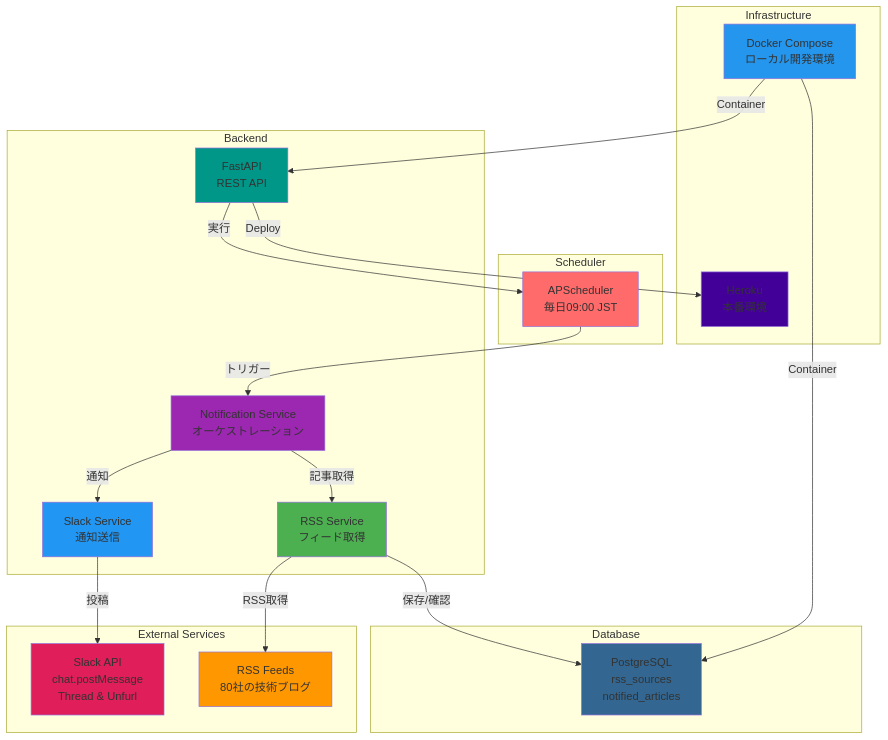
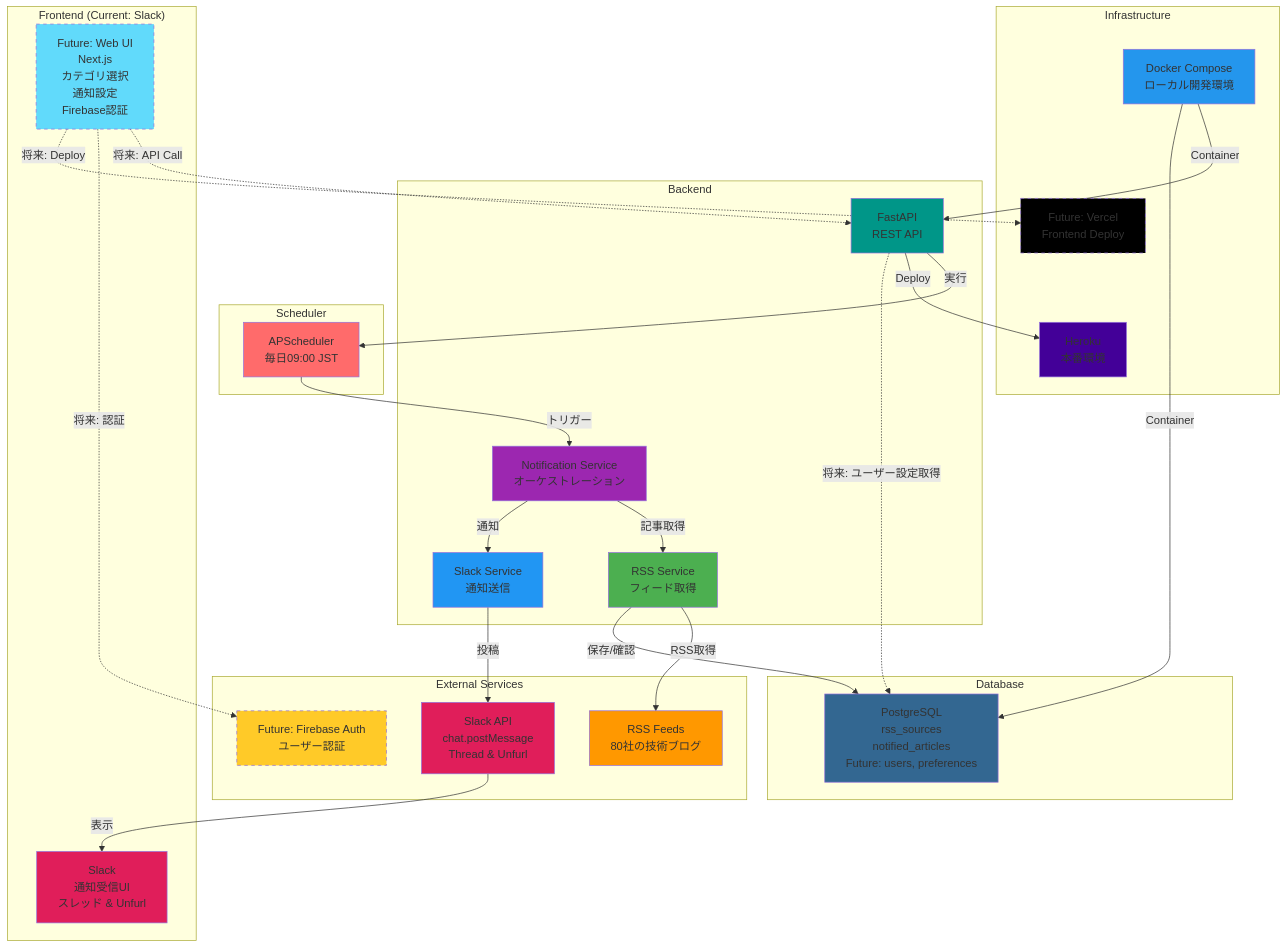
Before and after one commit to yukito-takeuchi/slack-bot: the first of 2 diagrams in README.md, drawn with Mermaid. The commit also changed other lines of this file, not shown here.

````diff
--- a/README.md
+++ b/README.md
@@ -15,49 +15,66 @@
 ```mermaid
 graph TB
+    subgraph "Frontend (Current: Slack)"
+        UI[Slack<br/>通知受信UI<br/>スレッド & Unfurl]
+        FutureFE[Future: Web UI<br/>Next.js<br/>カテゴリ選択<br/>通知設定<br/>Firebase認証]
+    end
+
     subgraph "Scheduler"
         A[APScheduler<br/>毎日09:00 JST]
     end
 
     subgraph "Backend"
         B[FastAPI<br/>REST API]
         C[RSS Service<br/>フィード取得]
         D[Slack Service<br/>通知送信]
         E[Notification Service<br/>オーケストレーション]
     end
 
     subgraph "Database"
-        F[PostgreSQL<br/>rss_sources<br/>notified_articles]
+        F[PostgreSQL<br/>rss_sources<br/>notified_articles<br/>Future: users, preferences]
     end
 
     subgraph "External Services"
         G[Slack API<br/>chat.postMessage<br/>Thread & Unfurl]
         H[RSS Feeds<br/>80社の技術ブログ]
+        Auth[Future: Firebase Auth<br/>ユーザー認証]
     end
 
     subgraph "Infrastructure"
         I[Docker Compose<br/>ローカル開発環境]
         J[Heroku<br/>本番環境]
+        K[Future: Vercel<br/>Frontend Deploy]
     end
 
     A -->|トリガー| E
     E -->|記事取得| C
     C -->|RSS取得| H
     C -->|保存/確認| F
     E -->|通知| D
     D -->|投稿| G
+    G -->|表示| UI
     B -->|実行| A
     I -->|Container| B
     I -->|Container| F
     B -->|Deploy| J
 
+    FutureFE -.->|将来: API Call| B
+    FutureFE -.->|将来: 認証| Auth
+    FutureFE -.->|将来: Deploy| K
+    B -.->|将来: ユーザー設定取得| F
+
+    style UI fill:#e01e5a
+    style FutureFE fill:#61dafb,stroke-dasharray: 5 5
     style A fill:#ff6b6b
     style B fill:#009688
     style C fill:#4caf50
     style D fill:#2196f3
     style E fill:#9c27b0
     style F fill:#336791
     style G fill:#e01e5a
     style H fill:#ff9800
+    style Auth fill:#ffca28,stroke-dasharray: 5 5
     style I fill:#2496ed
     style J fill:#430098
+    style K fill:#000000,stroke-dasharray: 5 5
 ```
````
